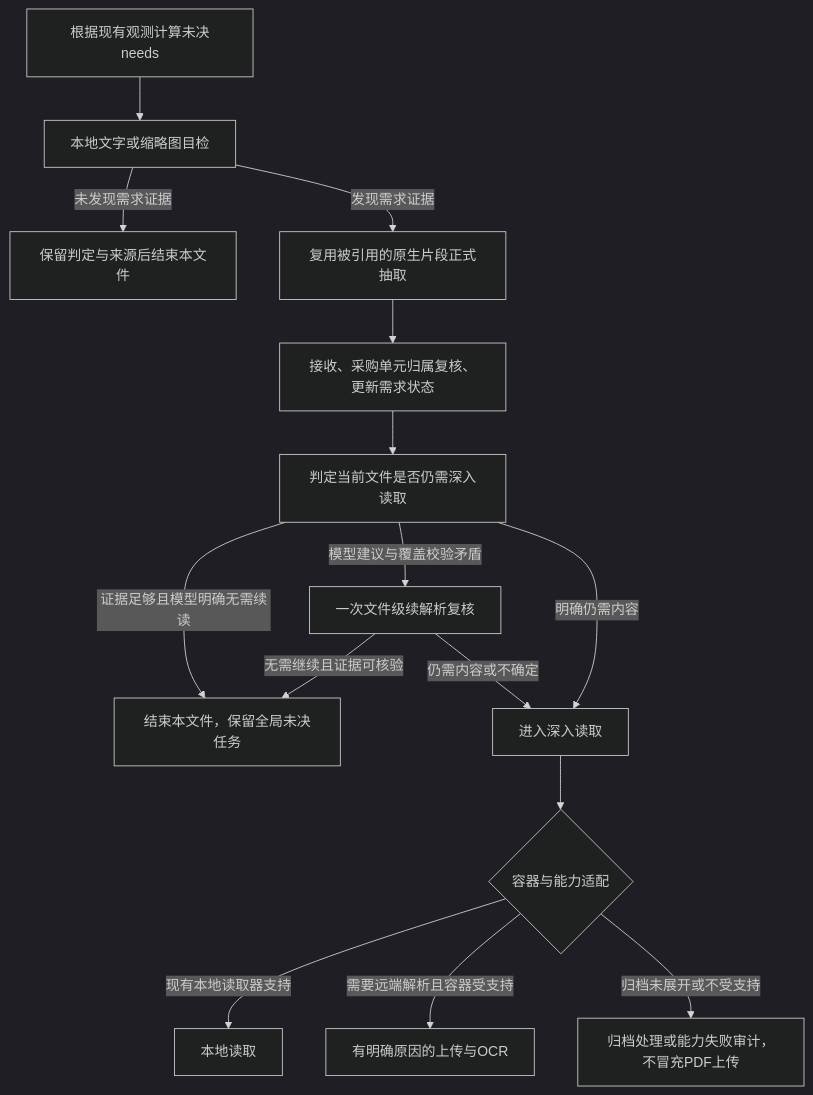
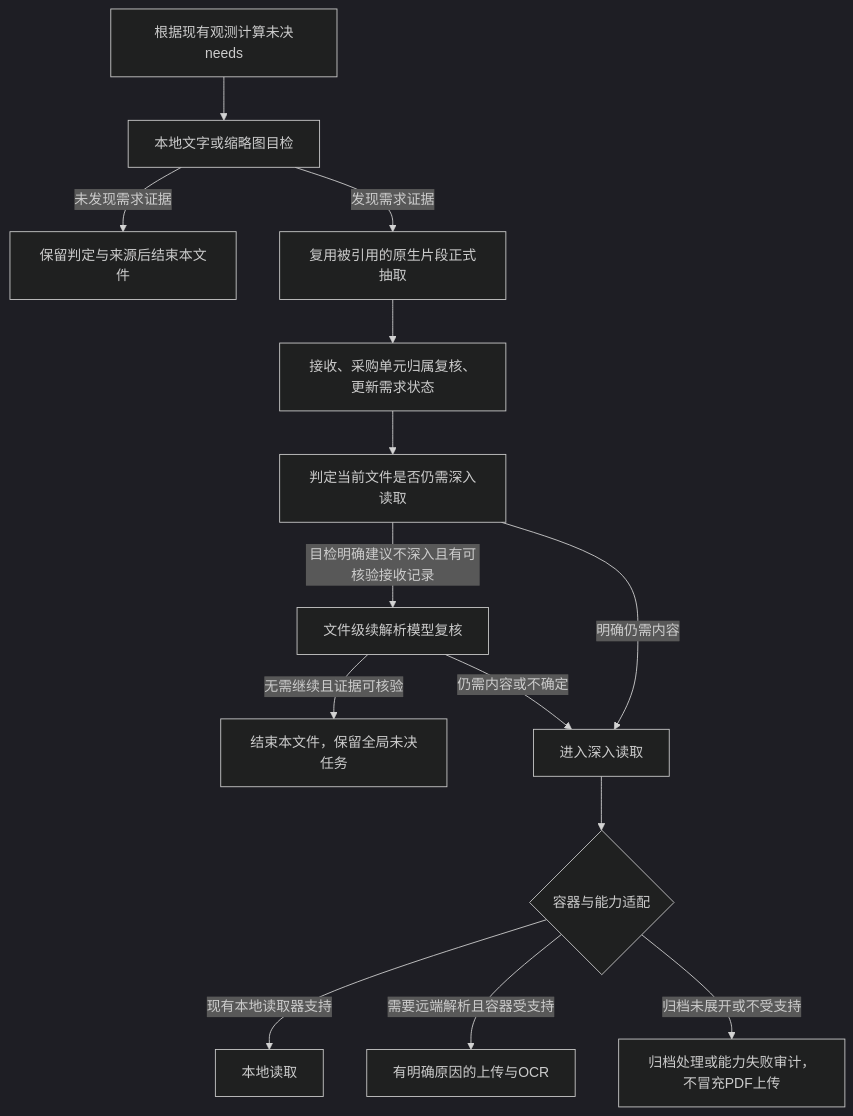
One commit to Moon-TsoLan/2026_9_23_ICT changed the diagram in doc/附件链路故障分析与修复方案-20261016.md. Above: the diagram before and after it, drawn with Mermaid (dark theme). The commit also changed other lines of this file and 37 other files, not shown here.

````diff
--- a/doc/附件链路故障分析与修复方案-20261016.md
+++ b/doc/附件链路故障分析与修复方案-20261016.md
@@ -92,17 +92,16 @@
 ```mermaid
 flowchart TD
   N[根据现有观测计算未决needs] --> G[本地文字或缩略图目检]
   G -->|未发现需求证据| S[保留判定与来源后结束本文件]
   G -->|发现需求证据| R[复用被引用的原生片段正式抽取]
   R --> B[接收、采购单元归属复核、更新需求状态]
   B --> C[判定当前文件是否仍需深入读取]
-  C -->|证据足够且模型明确无需续读| E[结束本文件，保留全局未决任务]
-  C -->|模型建议与覆盖校验矛盾| V[一次文件级续解析复核]
-  V -->|无需继续且证据可核验| E
+  C -->|目检明确建议不深入且有可核验接收记录| V[文件级续解析模型复核]
+  V -->|无需继续且证据可核验| E[结束本文件，保留全局未决任务]
   V -->|仍需内容或不确定| D[进入深入读取]
   C -->|明确仍需内容| D
   D --> T{容器与能力适配}
   T -->|现有本地读取器支持| L[本地读取]
   T -->|需要远端解析且容器受支持| O[有明确原因的上传与OCR]
   T -->|归档未展开或不受支持| F[归档处理或能力失败审计，不冒充PDF上传]
 ```
````
